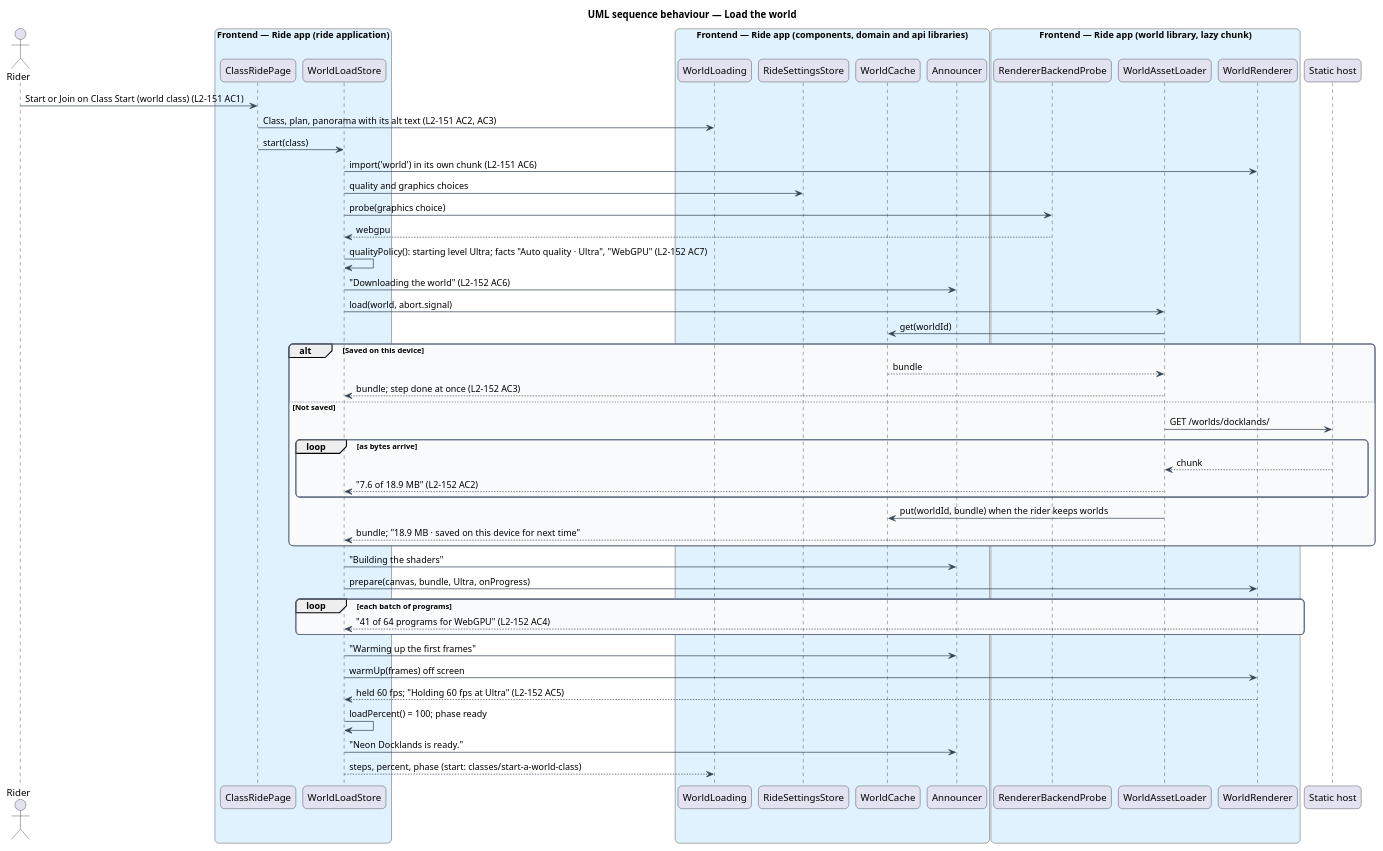
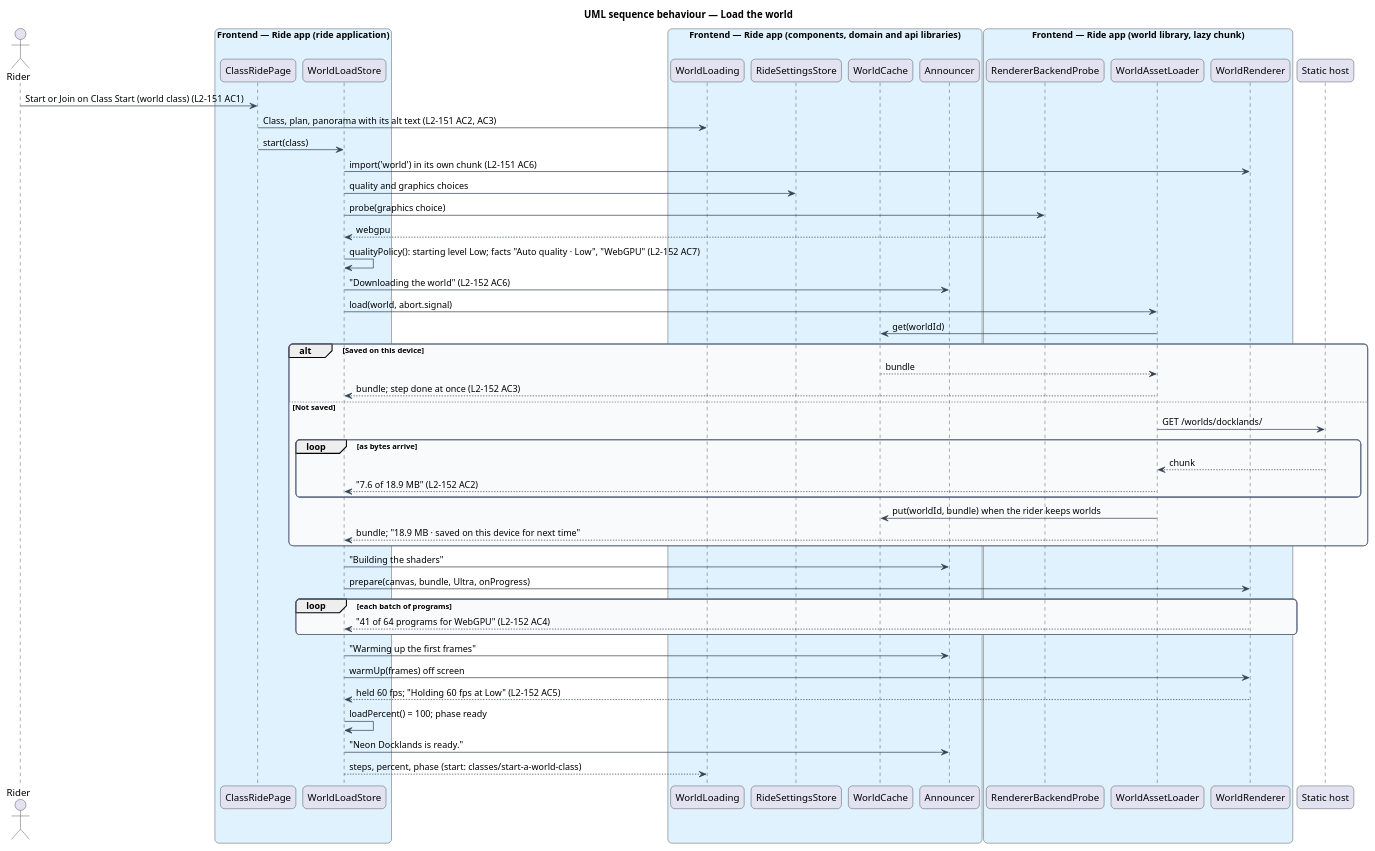
Before and after one commit to QuinntyneBrown/ride-one: the diagram in docs/detailed-designs/classes/load-a-class-world/diagrams/sequence-load-the-world.puml, drawn with PlantUML. The commit also changed 19 other files, not shown here.

```diff
--- a/docs/detailed-designs/classes/load-a-class-world/diagrams/sequence-load-the-world.puml
+++ b/docs/detailed-designs/classes/load-a-class-world/diagrams/sequence-load-the-world.puml
@@ -1,68 +1,68 @@
 @startuml
 title UML sequence behaviour — Load the world
 skinparam backgroundColor #FFFFFF
 skinparam shadowing false
 skinparam roundcorner 12
 skinparam defaultFontName Arial
 skinparam ArrowColor #344054
 skinparam rectangle {
   BorderColor #344054
   FontColor #101828
 }
 skinparam package {
   BorderColor #667085
   FontColor #101828
   BackgroundColor #F9FAFB
 }
 actor "Rider" as actor
 box "Frontend — Ride app (ride application)" #E0F2FE
   participant "ClassRidePage" as page
   participant "WorldLoadStore" as store
 end box
 box "Frontend — Ride app (components, domain and api libraries)" #E0F2FE
   participant "WorldLoading" as view
   participant "RideSettingsStore" as settings
   participant "WorldCache" as cache
   participant "Announcer" as ann
 end box
 box "Frontend — Ride app (world library, lazy chunk)" #E0F2FE
   participant "RendererBackendProbe" as probe
   participant "WorldAssetLoader" as loader
   participant "WorldRenderer" as renderer
 end box
 participant "Static host" as host
 actor -> page : Start or Join on Class Start (world class) (L2-151 AC1)
 page -> view : Class, plan, panorama with its alt text (L2-151 AC2, AC3)
 page -> store : start(class)
 store -> renderer : import('world') in its own chunk (L2-151 AC6)
 store -> settings : quality and graphics choices
 store -> probe : probe(graphics choice)
 probe --> store : webgpu
-store -> store : qualityPolicy(): starting level Ultra; facts "Auto quality · Ultra", "WebGPU" (L2-152 AC7)
+store -> store : qualityPolicy(): starting level Low; facts "Auto quality · Low", "WebGPU" (L2-152 AC7)
 store -> ann : "Downloading the world" (L2-152 AC6)
 store -> loader : load(world, abort.signal)
 loader -> cache : get(worldId)
 alt Saved on this device
   cache --> loader : bundle
   loader --> store : bundle; step done at once (L2-152 AC3)
 else Not saved
   loader -> host : GET /worlds/docklands/
   loop as bytes arrive
     host --> loader : chunk
     loader --> store : "7.6 of 18.9 MB" (L2-152 AC2)
   end
   loader -> cache : put(worldId, bundle) when the rider keeps worlds
   loader --> store : bundle; "18.9 MB · saved on this device for next time"
 end
 store -> ann : "Building the shaders"
 store -> renderer : prepare(canvas, bundle, Ultra, onProgress)
 loop each batch of programs
   renderer --> store : "41 of 64 programs for WebGPU" (L2-152 AC4)
 end
 store -> ann : "Warming up the first frames"
 store -> renderer : warmUp(frames) off screen
-renderer --> store : held 60 fps; "Holding 60 fps at Ultra" (L2-152 AC5)
+renderer --> store : held 60 fps; "Holding 60 fps at Low" (L2-152 AC5)
 store -> store : loadPercent() = 100; phase ready
 store -> ann : "Neon Docklands is ready."
 store --> view : steps, percent, phase (start: classes/start-a-world-class)
 @enduml
```
